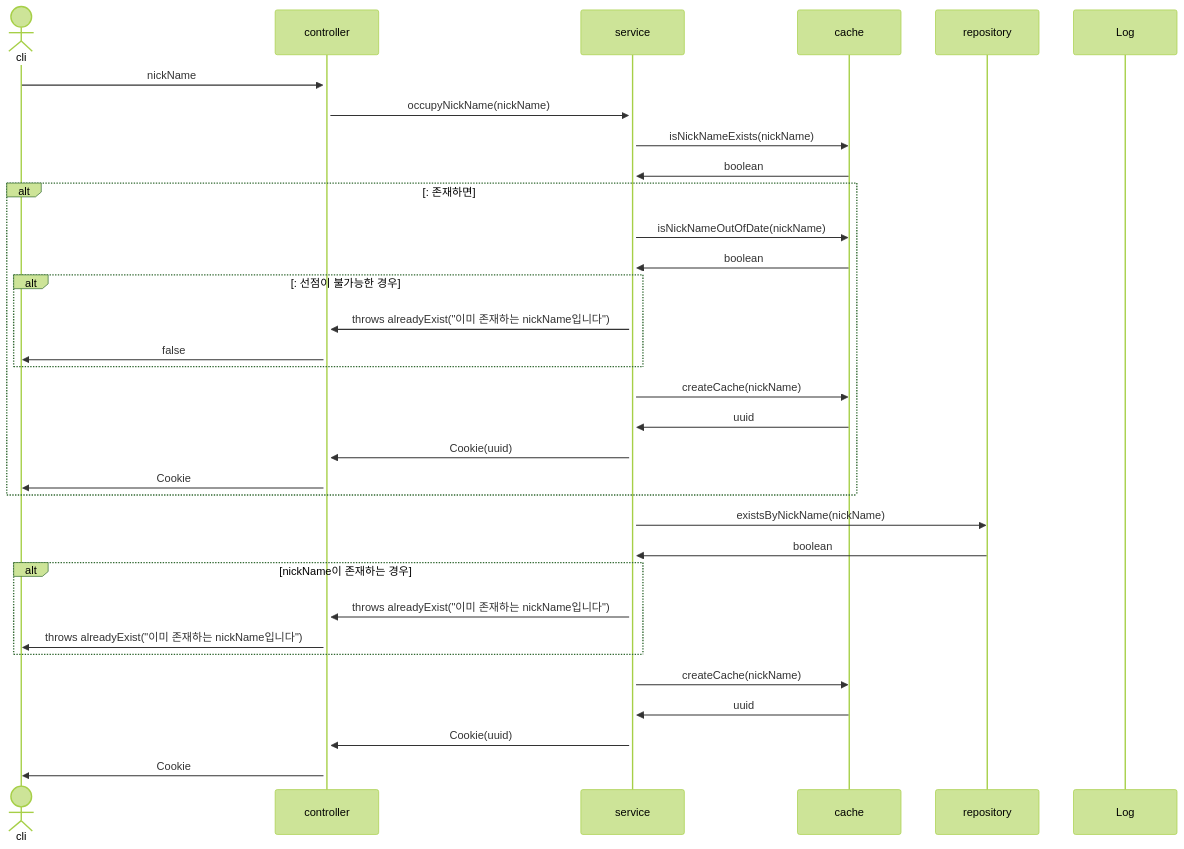
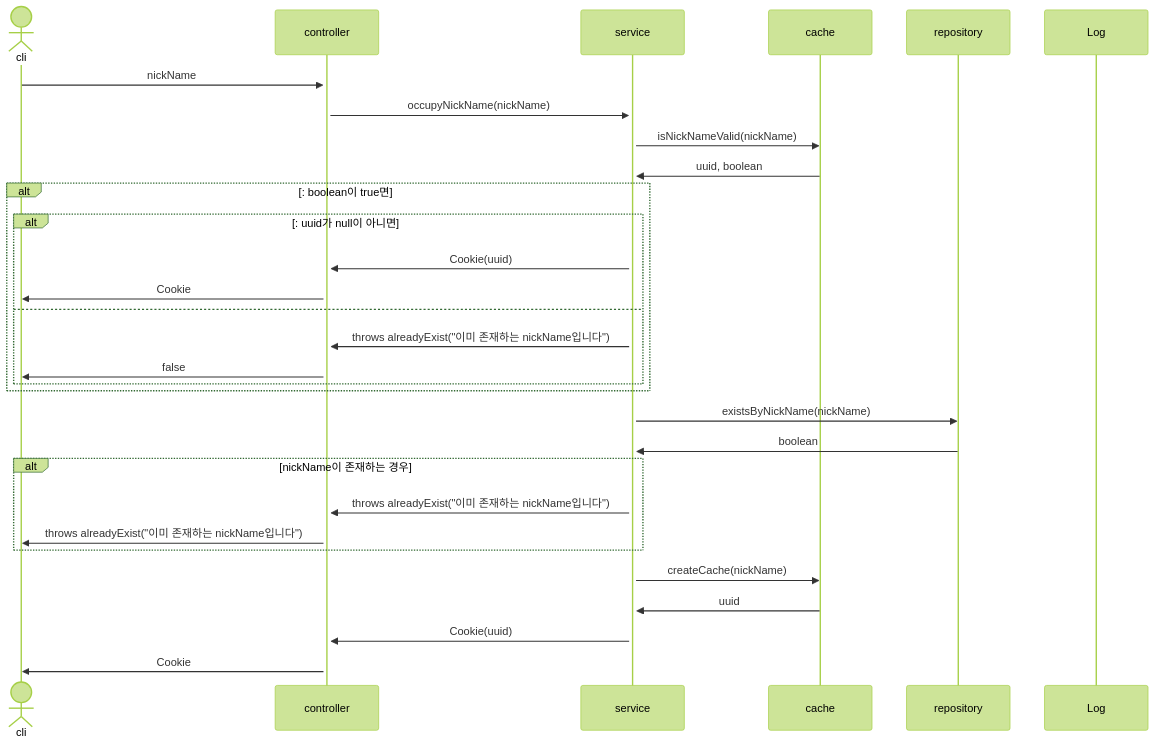
The second of 30 diagrams in sequence.md (mtak0235/snsX), drawn with Mermaid (forest theme) before and after one commit.

Commit message:
update occupyMemberNickName sequence diagram

````diff
--- a/sequence.md
+++ b/sequence.md
@@ -39,36 +39,33 @@
 ```mermaid
 sequenceDiagram
 actor cli
 participant c as controller
 participant s as service
 participant ca as cache
 participant r as repository
 participant l as Log
 
 cli->>+c: nickName
 c->>+s: occupyNickName(nickName)
-s->>ca: isNickNameExists(nickName)
-ca->>s: boolean
-alt: 존재하면
-s->>ca: isNickNameOutOfDate(nickName)
-ca->>s: boolean
-alt: 선점이 불가능한 경우
+s->>ca: isNickNameValid(nickName)
+ca->>s: uuid, boolean
+alt: boolean이 true면
+alt: uuid가 null이 아니면
+s->>c: Cookie(uuid)
+c->>cli: Cookie
+else
 s->>c: throws alreadyExist("이미 존재하는 nickName입니다")
 c->>cli: false
 end
-s->>ca: createCache(nickName)
-ca->>s: uuid
-s->>c: Cookie(uuid)
-c->>cli: Cookie
 end
 s->>r: existsByNickName(nickName)
 r->>s: boolean
 alt nickName이 존재하는 경우
 s->>c: throws alreadyExist("이미 존재하는 nickName입니다")
 c->>cli: throws alreadyExist("이미 존재하는 nickName입니다")
 end
 s->>ca: createCache(nickName)
 ca->>s: uuid
 s->>c: Cookie(uuid)
 c->>cli: Cookie
 ```
````
